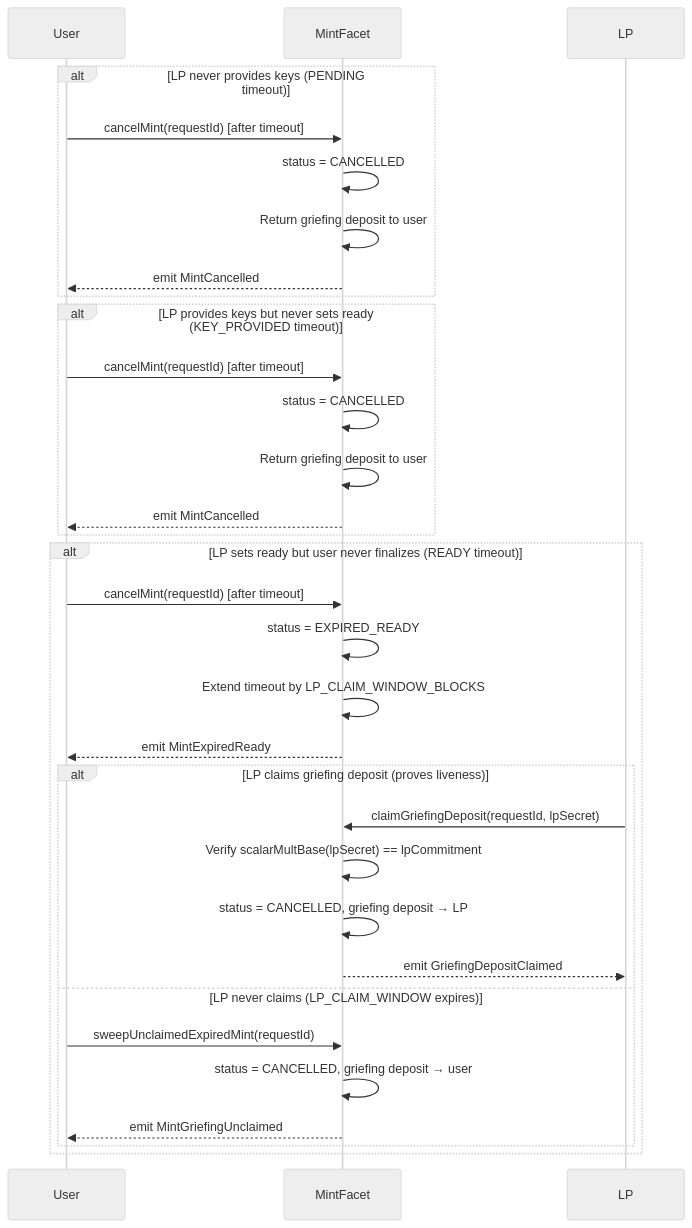
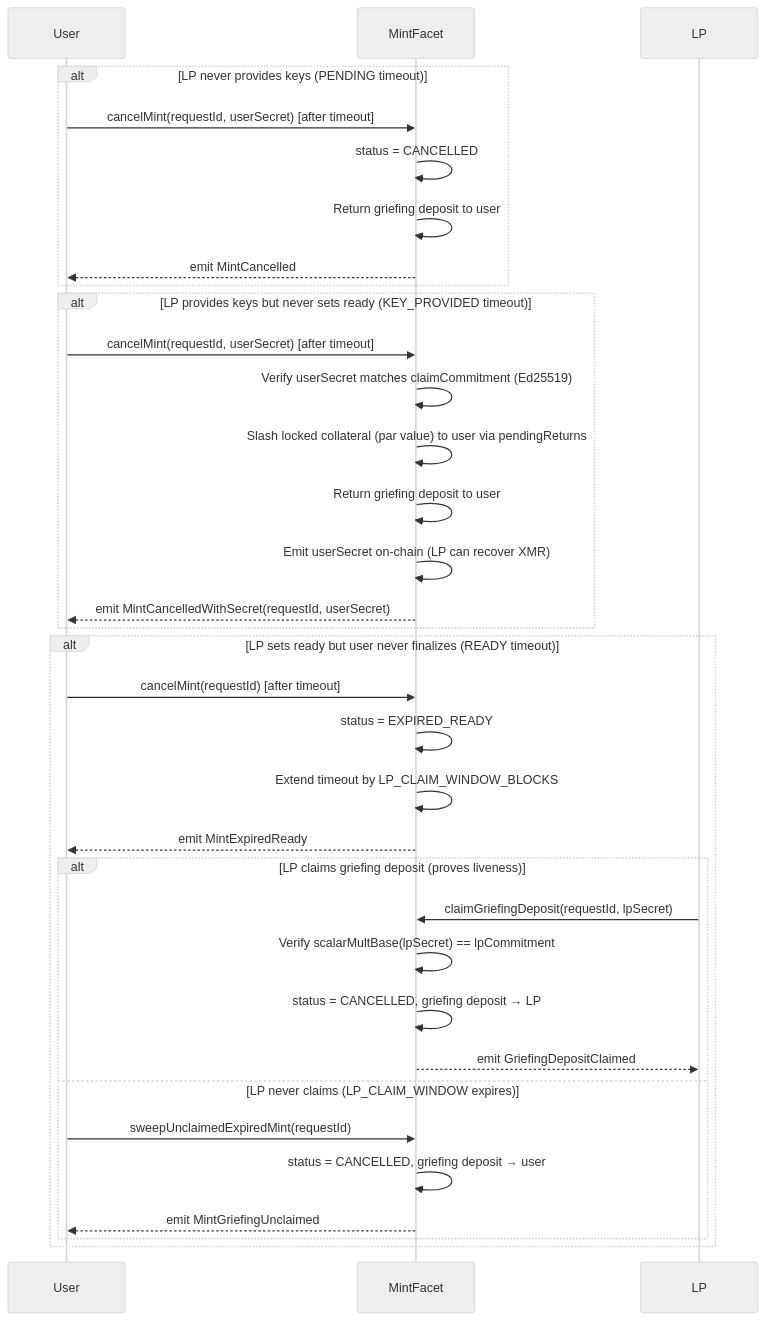
Before and after one commit to madschristensen99/wrapsynth: diagram 21 of 27 in docs/sequenceDiagrams.md, drawn with Mermaid (neutral theme). The commit also changed other lines of this file and 66 other files, not shown here.

````diff
--- a/docs/sequenceDiagrams.md
+++ b/docs/sequenceDiagrams.md
@@ -1014,38 +1031,40 @@
 ```mermaid
 sequenceDiagram
     participant User
     participant Mint as MintFacet
     participant LP
 
     alt LP never provides keys (PENDING timeout)
-        User->>Mint: cancelMint(requestId) [after timeout]
+        User->>Mint: cancelMint(requestId, userSecret) [after timeout]
         Mint->>Mint: status = CANCELLED
         Mint->>Mint: Return griefing deposit to user
         Mint-->>User: emit MintCancelled
     end
 
     alt LP provides keys but never sets ready (KEY_PROVIDED timeout)
-        User->>Mint: cancelMint(requestId) [after timeout]
-        Mint->>Mint: status = CANCELLED
+        User->>Mint: cancelMint(requestId, userSecret) [after timeout]
+        Mint->>Mint: Verify userSecret matches claimCommitment (Ed25519)
+        Mint->>Mint: Slash locked collateral (par value) to user via pendingReturns
         Mint->>Mint: Return griefing deposit to user
-        Mint-->>User: emit MintCancelled
+        Mint->>Mint: Emit userSecret on-chain (LP can recover XMR)
+        Mint-->>User: emit MintCancelledWithSecret(requestId, userSecret)
     end
 
     alt LP sets ready but user never finalizes (READY timeout)
         User->>Mint: cancelMint(requestId) [after timeout]
         Mint->>Mint: status = EXPIRED_READY
         Mint->>Mint: Extend timeout by LP_CLAIM_WINDOW_BLOCKS
         Mint-->>User: emit MintExpiredReady
 
         alt LP claims griefing deposit (proves liveness)
             LP->>Mint: claimGriefingDeposit(requestId, lpSecret)
             Mint->>Mint: Verify scalarMultBase(lpSecret) == lpCommitment
             Mint->>Mint: status = CANCELLED, griefing deposit → LP
             Mint-->>LP: emit GriefingDepositClaimed
         else LP never claims (LP_CLAIM_WINDOW expires)
             User->>Mint: sweepUnclaimedExpiredMint(requestId)
             Mint->>Mint: status = CANCELLED, griefing deposit → user
             Mint-->>User: emit MintGriefingUnclaimed
         end
     end
 ```
````
